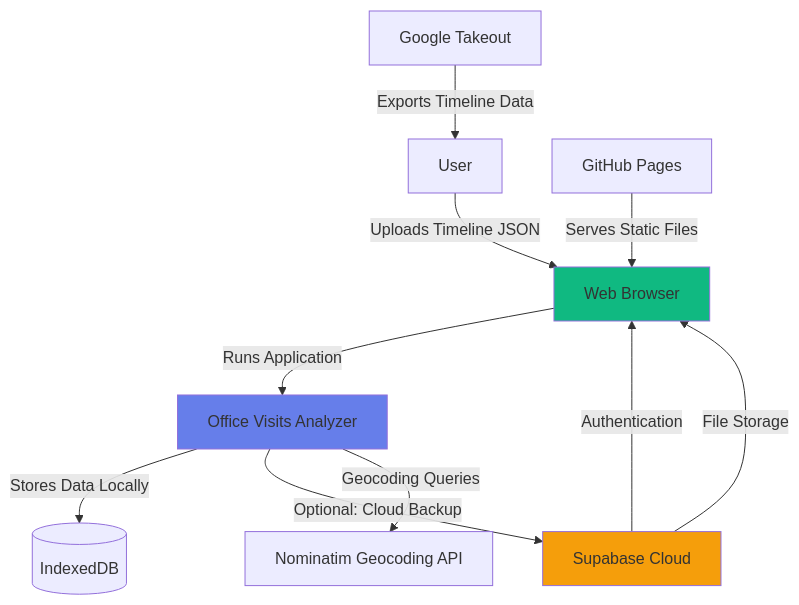
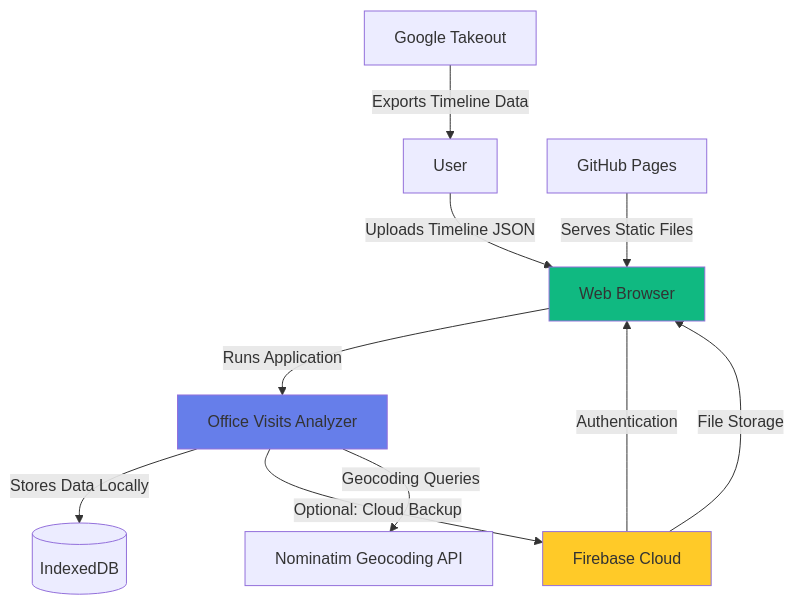
The first of 11 diagrams in OfficeVisitsAnalyzer_Architecture.md (mfmqazi/office), drawn with Mermaid before and after one commit. The commit also changed other lines of this file and 3 other files, not shown here.

Commit message:
Fix: Migrate from Supabase to Firebase (Resolved ERR_NAME_NOT_RESOLVED)

````diff
--- a/OfficeVisitsAnalyzer_Architecture.md
+++ b/OfficeVisitsAnalyzer_Architecture.md
@@ -16,24 +16,24 @@
 ```mermaid
 graph TB
     User[User]
     Browser[Web Browser]
     App[Office Visits Analyzer]
     Google[Google Takeout]
-    Supabase[Supabase Cloud]
+    Firebase[Firebase Cloud]
     GitHub[GitHub Pages]
     Nominatim[Nominatim Geocoding API]
     
     User -->|Uploads Timeline JSON| Browser
     Google -->|Exports Timeline Data| User
     Browser -->|Runs Application| App
     App -->|Stores Data Locally| IndexedDB[(IndexedDB)]
-    App -->|Optional: Cloud Backup| Supabase
+    App -->|Optional: Cloud Backup| Firebase
     App -->|Geocoding Queries| Nominatim
     GitHub -->|Serves Static Files| Browser
-    Supabase -->|Authentication| Browser
-    Supabase -->|File Storage| Browser
+    Firebase -->|Authentication| Browser
+    Firebase -->|File Storage| Browser
     
     style App fill:#667eea
     style Browser fill:#10b981
-    style Supabase fill:#f59e0b
+    style Firebase fill:#ffca28
 ```
````
